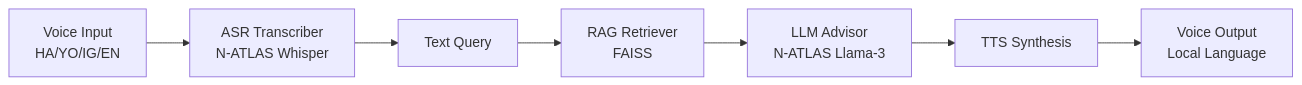
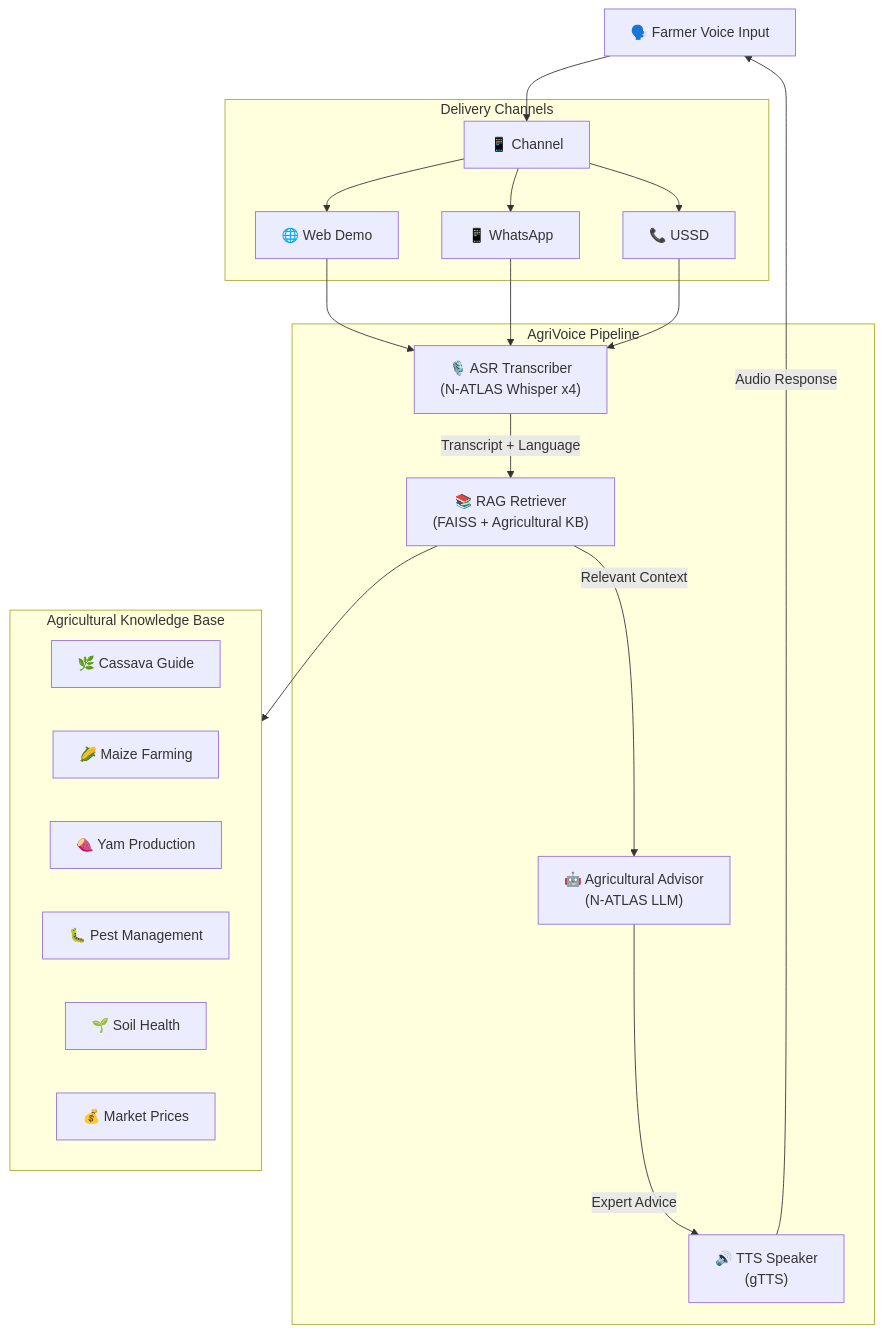
One commit to lukman155/agrivoice changed the diagram in README.md. Above: the diagram before and after it, drawn with Mermaid. The commit also changed other lines of this file and 4 other files, not shown here.

````diff
--- a/README.md
+++ b/README.md
@@ -13,9 +124,36 @@
 ```mermaid
-flowchart LR
-    A[Voice Input\nHA/YO/IG/EN] --> B[ASR Transcriber\nN-ATLAS Whisper]
-    B --> C[Text Query]
-    C --> D[RAG Retriever\nFAISS]
-    D --> E[LLM Advisor\nN-ATLAS Llama-3]
-    E --> F[TTS Synthesis]
-    F --> G[Voice Output\nLocal Language]
+flowchart TD
+    A["🗣️ Farmer Voice Input"] --> B["📱 Channel"]
+    
+    subgraph Channels["Delivery Channels"]
+        B --> C["🌐 Web Demo"]
+        B --> D["📱 WhatsApp"]
+        B --> E["📞 USSD"]
+    end
+    
+    subgraph Pipeline["AgriVoice Pipeline"]
+        F["🎙️ ASR Transcriber\n(N-ATLAS Whisper x4)"]
+        G["📚 RAG Retriever\n(FAISS + Agricultural KB)"]
+        H["🤖 Agricultural Advisor\n(N-ATLAS LLM)"]
+        I["🔊 TTS Speaker\n(gTTS)"]
+    end
+    
+    C --> F
+    D --> F
+    E --> F
+    F --> |"Transcript + Language"| G
+    G --> |"Relevant Context"| H
+    H --> |"Expert Advice"| I
+    I --> |"Audio Response"| A
+    
+    subgraph Knowledge["Agricultural Knowledge Base"]
+        J["🌿 Cassava Guide"]
+        K["🌽 Maize Farming"]
+        L["🍠 Yam Production"]
+        M["🐛 Pest Management"]
+        N["🌱 Soil Health"]
+        O["💰 Market Prices"]
+    end
+    
+    G --> Knowledge
 ```
````
